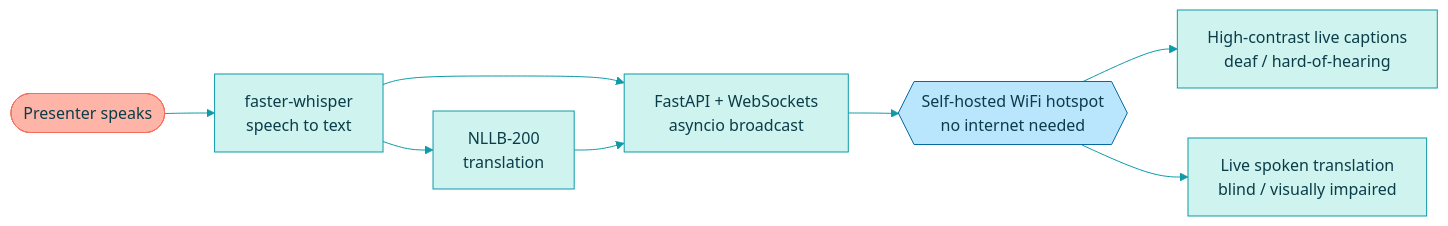
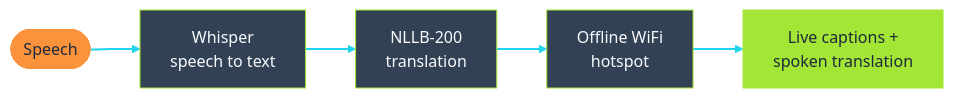
The second of 3 diagrams in README.md (khushi-070906/khushi-070906), drawn with Mermaid before and after one commit. The commit also changed other lines of this file and 11 other files, not shown here.

````diff
--- a/README.md
+++ b/README.md
@@ -84,13 +43,8 @@
 ```mermaid
-%%{init: {'theme':'base','themeVariables':{'primaryColor':'#CFF3EE','primaryTextColor':'#0B3C49','primaryBorderColor':'#0E9AA7','lineColor':'#0E9AA7','secondaryColor':'#FFE8C2','tertiaryColor':'#FFF6E5','fontFamily':'monospace'}}}%%
+%%{init: {'theme':'base','themeVariables':{'primaryColor':'#334155','primaryTextColor':'#F8FAFC','primaryBorderColor':'#A3E635','lineColor':'#22D3EE','fontFamily':'monospace'}}}%%
 flowchart LR
-    A(["Presenter speaks"]) --> B["faster-whisper<br/>speech to text"]
-    B --> C["NLLB-200<br/>translation"]
-    B --> D["FastAPI + WebSockets<br/>asyncio broadcast"]
-    C --> D
-    D --> E{{"Self-hosted WiFi hotspot<br/>no internet needed"}}
-    E --> F["High-contrast live captions<br/>deaf / hard-of-hearing"]
-    E --> G["Live spoken translation<br/>blind / visually impaired"]
-    style A fill:#FFB4A8,stroke:#F2705E,color:#0B3C49
-    style E fill:#BAE6FD,stroke:#0369A1,color:#0B3C49
+    A(["Speech"]) --> B["Whisper<br/>speech to text"] --> C["NLLB-200<br/>translation"] --> D["Offline WiFi<br/>hotspot"] --> E["Live captions +<br/>spoken translation"]
+    linkStyle default stroke:#22D3EE,stroke-width:2px
+    style A fill:#FB923C,stroke:#FB923C,color:#1E293B
+    style E fill:#A3E635,stroke:#A3E635,color:#1E293B
 ```
````
